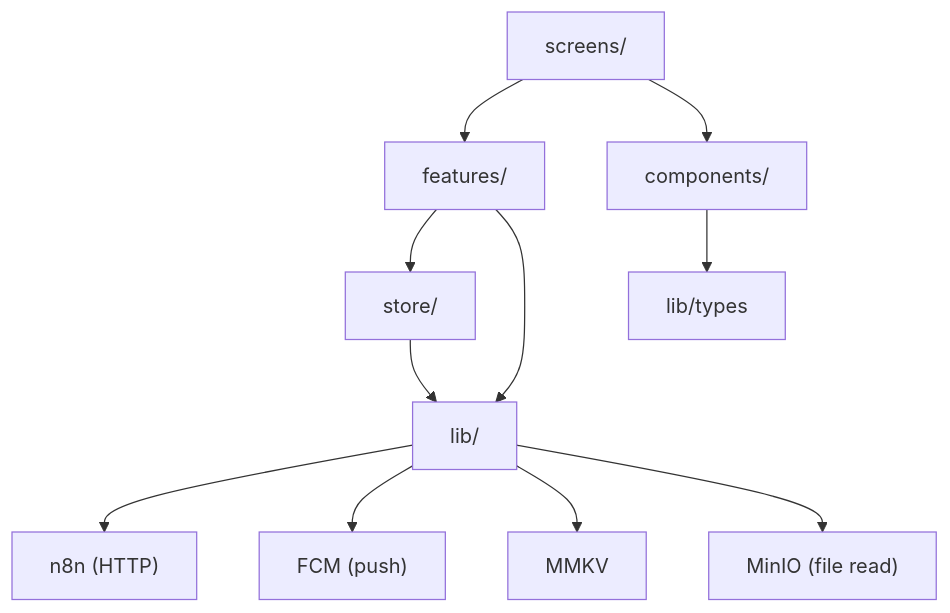
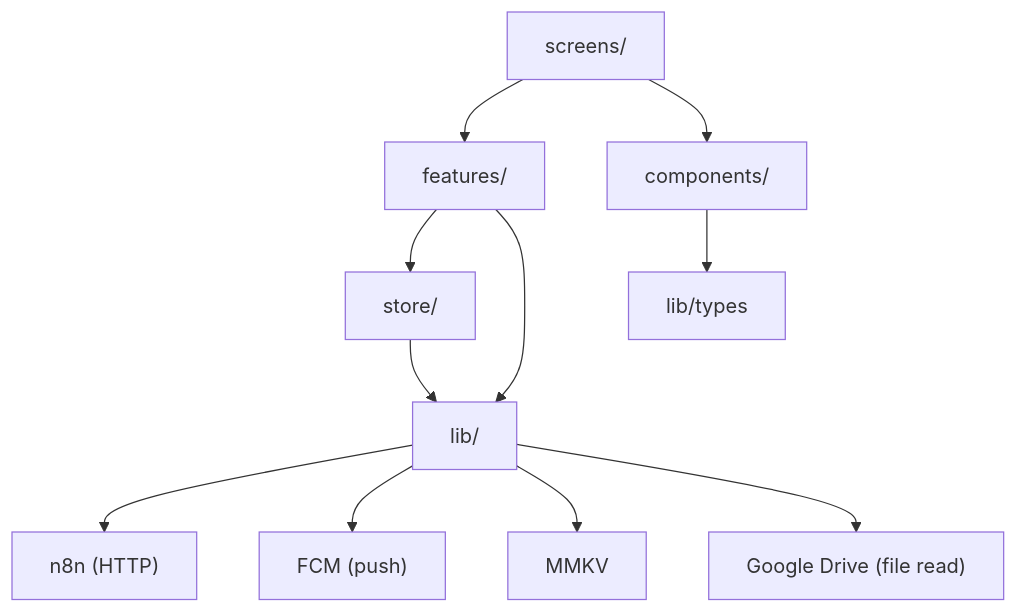
Before and after one commit to Markuson/conchi: the first of 2 diagrams in _bmad-output/planning-artifacts/architecture/architecture-conchi-2026-08-23/ARCHITECTURE-SPINE.md, drawn with Mermaid. The commit also changed other lines of this file and 12 other files, not shown here.

````diff
--- a/_bmad-output/planning-artifacts/architecture/architecture-conchi-2026-08-23/ARCHITECTURE-SPINE.md
+++ b/_bmad-output/planning-artifacts/architecture/architecture-conchi-2026-08-23/ARCHITECTURE-SPINE.md
@@ -30,13 +30,13 @@
 ```mermaid
 graph TD
   screens["screens/"] --> features["features/"]
   screens --> components["components/"]
   features --> store["store/"]
   features --> lib["lib/"]
   components --> types["lib/types"]
   store --> lib
   lib --> n8n_ext["n8n (HTTP)"]
   lib --> fcm_ext["FCM (push)"]
   lib --> mmkv_ext["MMKV"]
-  lib --> minio_ext["MinIO (file read)"]
+  lib --> gdrive_ext["Google Drive (file read)"]
 ```
````
